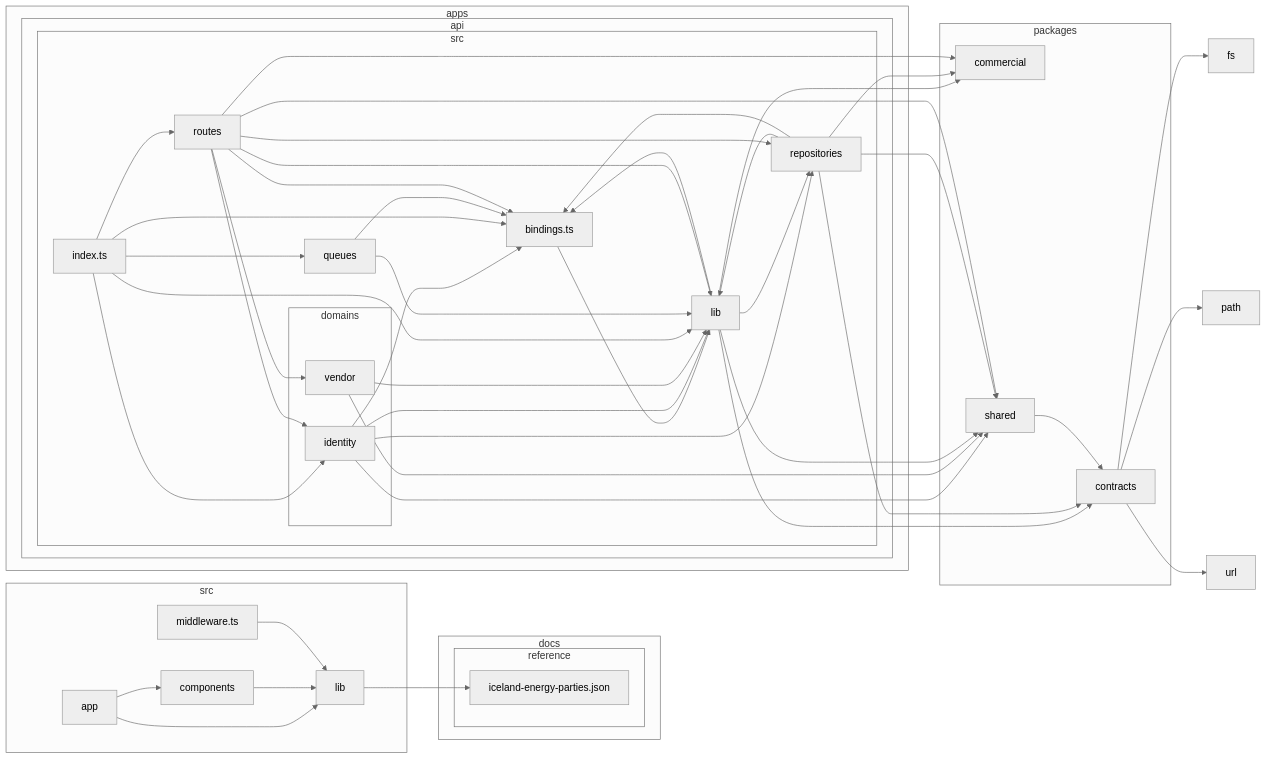
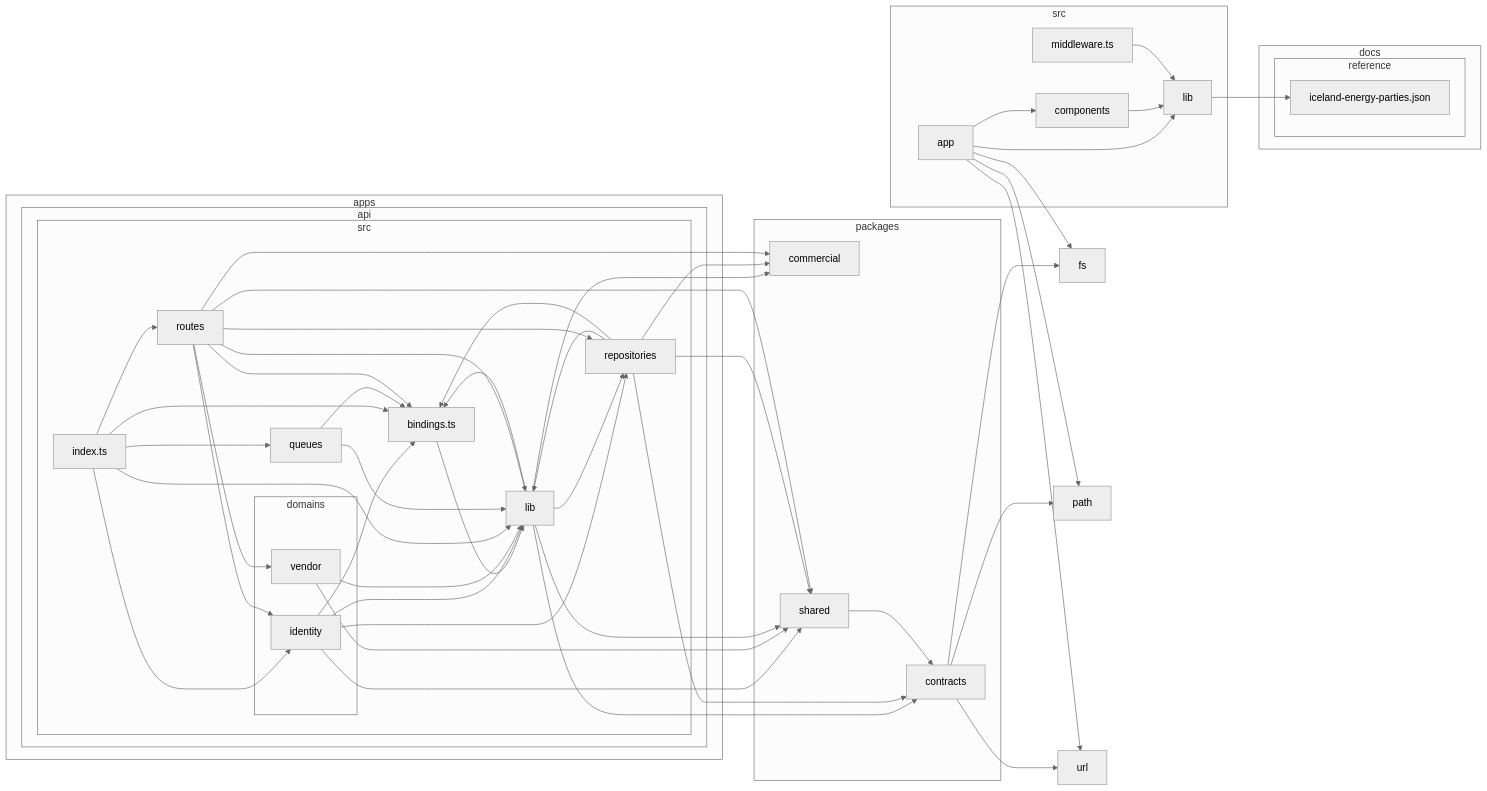
One commit to andri187/Straumvakt changed the diagram in docs/architecture/dependency-graph.md. Above: the diagram before and after it, drawn with Mermaid (neutral theme). The commit also changed 7 other files, not shown here.

Commit message:
fix(integration): reconcile merged product data graph

````diff
--- a/docs/architecture/dependency-graph.md
+++ b/docs/architecture/dependency-graph.md
@@ -25,79 +25,82 @@
 ```mermaid
 flowchart LR
 
 subgraph 0["apps"]
 subgraph 1["api"]
 subgraph 2["src"]
 3["bindings.ts"]
 subgraph 4["domains"]
 5["identity"]
 6["vendor"]
 end
 7["index.ts"]
 8["lib"]
 9["queues"]
 A["repositories"]
 B["routes"]
 end
 end
 end
 subgraph C["docs"]
 subgraph D["reference"]
 E["iceland-energy-parties.json"]
 end
 end
 F["fs"]
 subgraph G["packages"]
 H["commercial"]
 I["contracts"]
 J["shared"]
 end
 K["path"]
 subgraph L["src"]
 M["app"]
 N["components"]
 O["lib"]
 P["middleware.ts"]
 end
 Q["url"]
 3-->8
 5-->8
 5-->J
 5-->3
 5-->A
 6-->8
 6-->J
 7-->3
 7-->5
 7-->8
 7-->9
 7-->B
 8-->3
 8-->J
 8-->H
 8-->A
 8-->I
 9-->3
 9-->8
 A-->8
 A-->J
 A-->3
 A-->H
 A-->I
 B-->3
 B-->8
 B-->A
 B-->J
 B-->H
 B-->5
 B-->6
 I-->F
 I-->K
 I-->Q
 J-->I
+M-->F
+M-->K
 M-->O
 M-->N
+M-->Q
 N-->O
 O-->E
 P-->O
 ```
````
